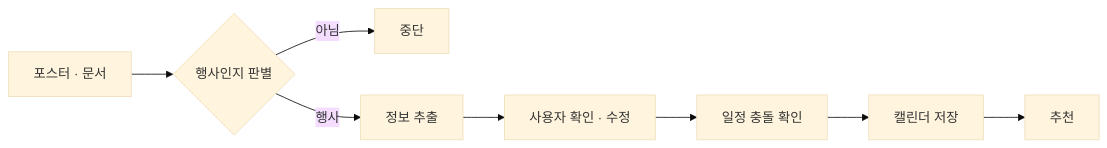
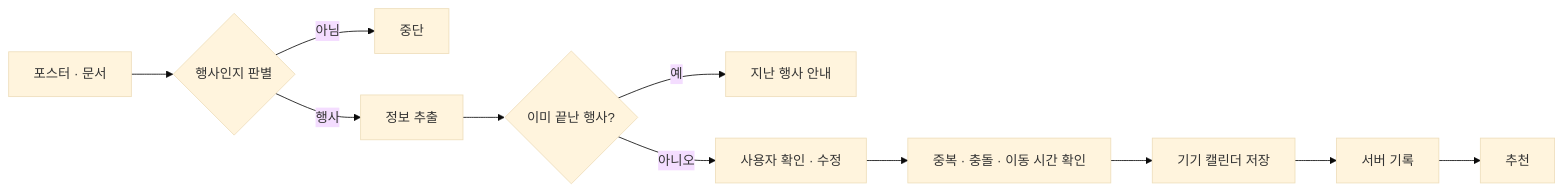
One commit to init726/cue changed the first of 2 diagrams in README.md. Above: the diagram before and after it, drawn with Mermaid (base theme). The commit also changed other lines of this file, not shown here.

````diff
--- a/README.md
+++ b/README.md
@@ -38,10 +64,13 @@
 ```mermaid
 flowchart LR
     A["포스터 · 문서"] --> B{"행사인지 판별"}
     B -- 아님 --> X["중단"]
     B -- 행사 --> C["정보 추출"]
-    C --> D["사용자 확인 · 수정"]
-    D --> E["일정 충돌 확인"]
-    E --> F["캘린더 저장"]
-    F --> G["추천"]
+    C --> P{"이미 끝난 행사?"}
+    P -- 예 --> Y["지난 행사 안내"]
+    P -- 아니오 --> D["사용자 확인 · 수정"]
+    D --> E["중복 · 충돌 · 이동 시간 확인"]
+    E --> F["기기 캘린더 저장"]
+    F --> S["서버 기록"]
+    S --> G["추천"]
 ```
````
